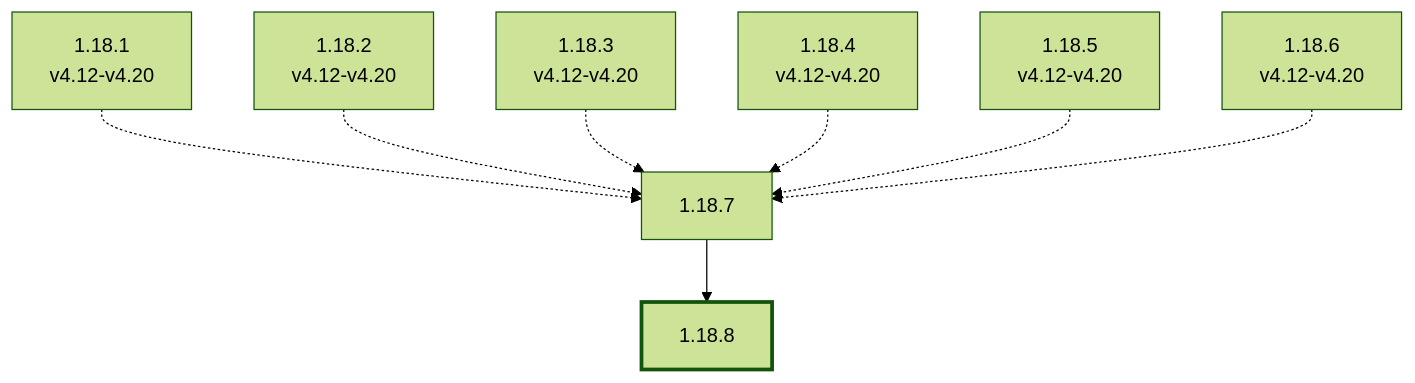
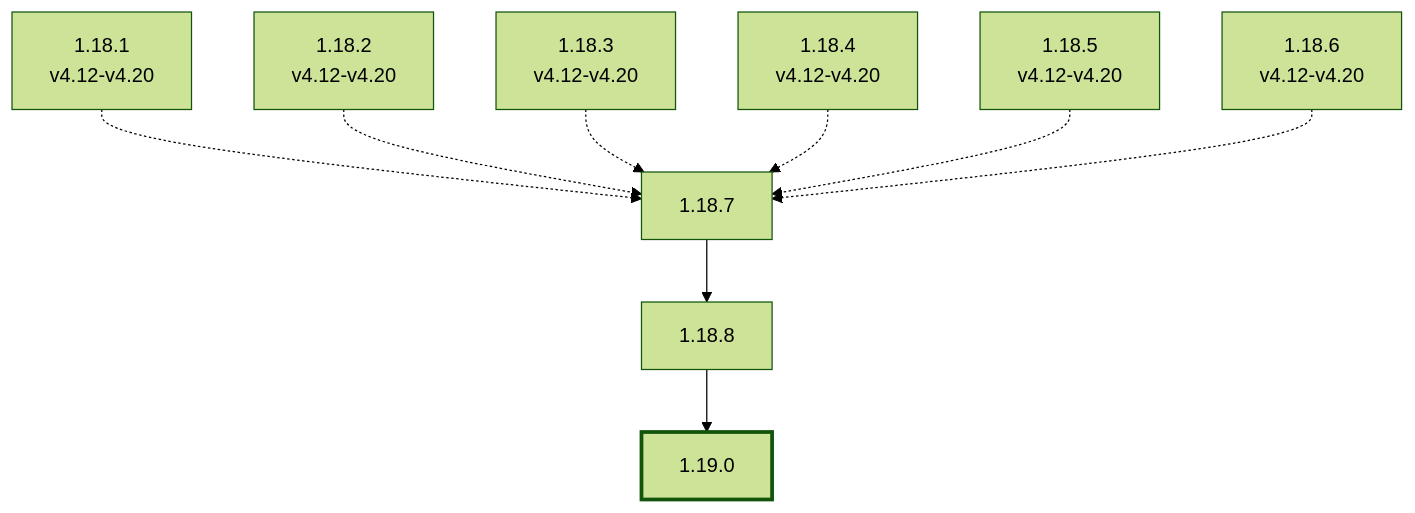
The third of 3 diagrams in stackgres-k8s/install/operator-sdk/stackgres-operator/VERSIONS-red-hat-marketplace.md (ongres/stackgres), drawn with Mermaid (forest theme) before and after one commit. The commit also changed other lines of this file and 4 other files, not shown here.

````diff
--- a/stackgres-k8s/install/operator-sdk/stackgres-operator/VERSIONS-red-hat-marketplace.md
+++ b/stackgres-k8s/install/operator-sdk/stackgres-operator/VERSIONS-red-hat-marketplace.md
@@ -82,20 +106,22 @@
 ```mermaid
 flowchart TD
   v1_18_1["1.18.1<br/>v4.12-v4.20"]
   v1_18_2["1.18.2<br/>v4.12-v4.20"]
   v1_18_3["1.18.3<br/>v4.12-v4.20"]
   v1_18_4["1.18.4<br/>v4.12-v4.20"]
   v1_18_5["1.18.5<br/>v4.12-v4.20"]
   v1_18_6["1.18.6<br/>v4.12-v4.20"]
   v1_18_7["1.18.7"]
-  v1_18_8["1.18.8"]:::head
+  v1_18_8["1.18.8"]
+  v1_19_0["1.19.0"]:::head
   v1_18_1 -.-> v1_18_7
   v1_18_2 -.-> v1_18_7
   v1_18_3 -.-> v1_18_7
   v1_18_4 -.-> v1_18_7
   v1_18_5 -.-> v1_18_7
   v1_18_6 -.-> v1_18_7
   v1_18_7 --> v1_18_8
+  v1_18_8 --> v1_19_0
   classDef head stroke-width:3px
   classDef removed stroke-dasharray:4 4,color:#888
 ```
````
